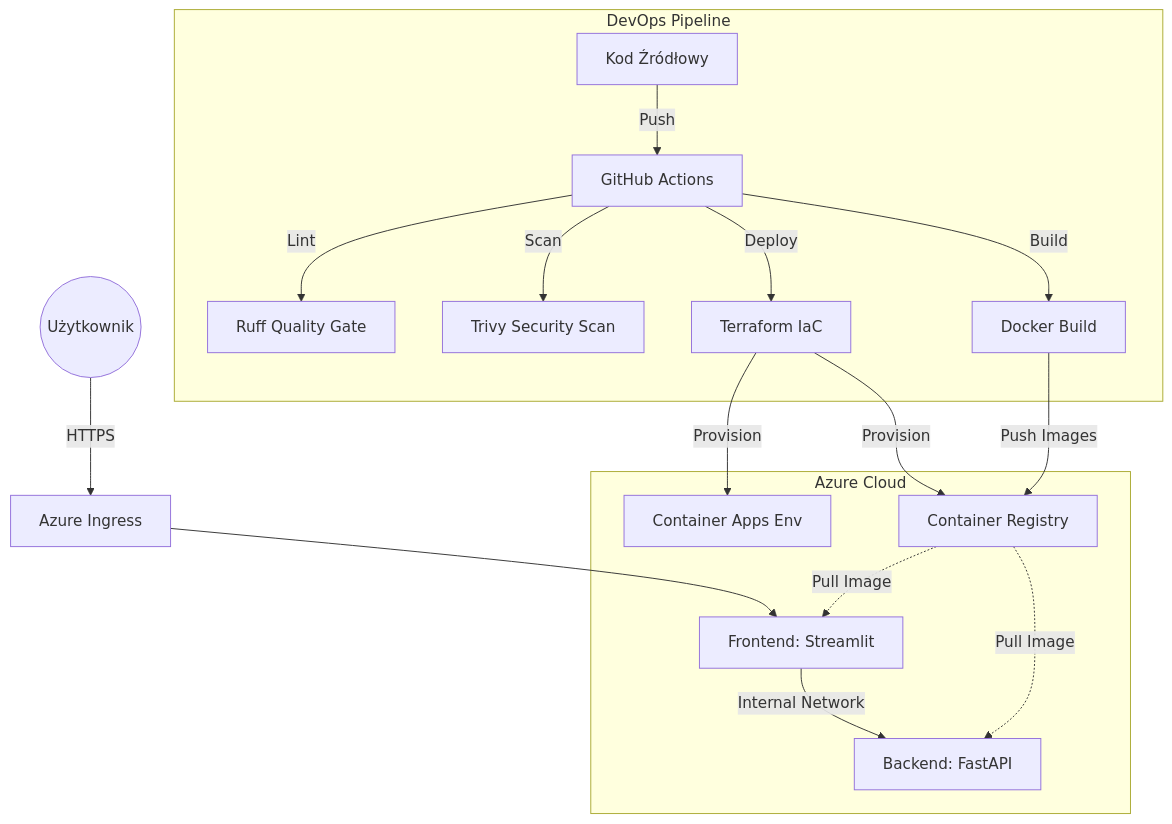
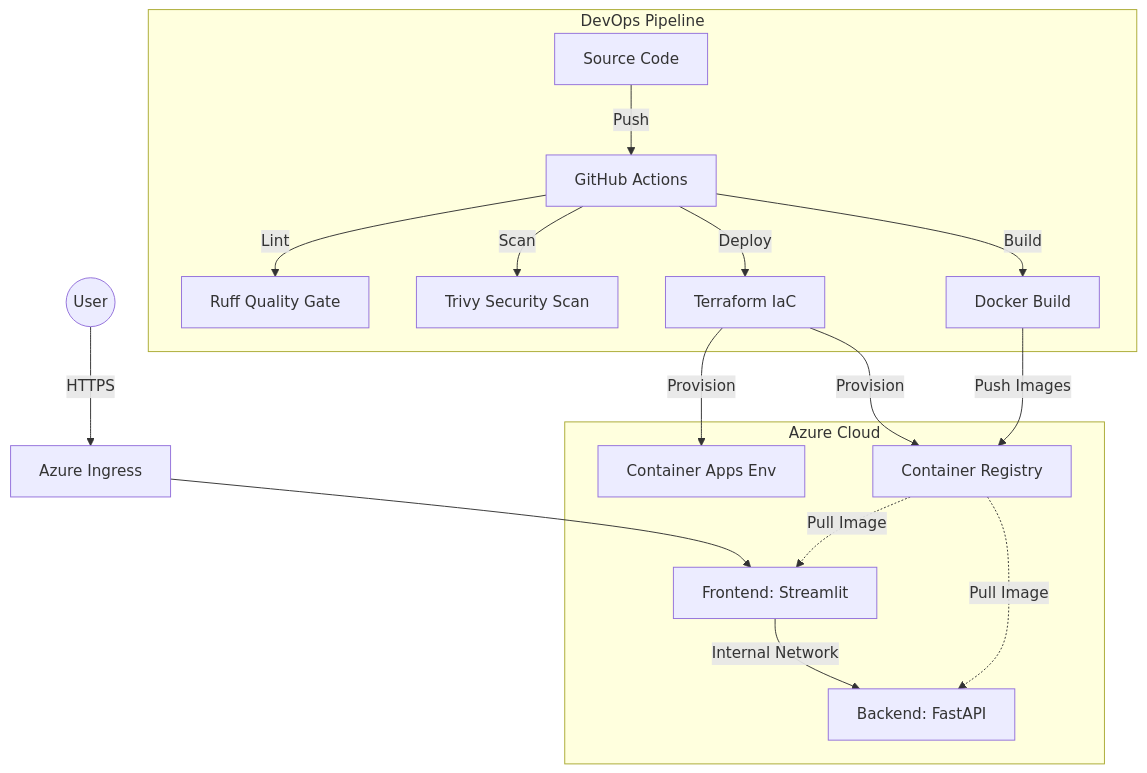
One commit to fearly231/chorogrami-platform changed the diagram in README.md. Above: the diagram before and after it, drawn with Mermaid. The commit also changed other lines of this file, not shown here.

````diff
--- a/README.md
+++ b/README.md
@@ -26,22 +26,22 @@
 ```mermaid
 graph TD
-    User((Użytkownik)) -->|HTTPS| Ingress[Azure Ingress]
+    User((User)) -->|HTTPS| Ingress[Azure Ingress]
     Ingress --> ACA_Front[Frontend: Streamlit]
     ACA_Front -->|Internal Network| ACA_Back[Backend: FastAPI]
     
     subgraph DevOps Pipeline
-        Code[Kod Źródłowy] -->|Push| GitHub[GitHub Actions]
+        Code[Source Code] -->|Push| GitHub[GitHub Actions]
         GitHub -->|Lint| Ruff[Ruff Quality Gate]
         GitHub -->|Scan| Trivy[Trivy Security Scan]
         GitHub -->|Build| Docker[Docker Build]
         GitHub -->|Deploy| Terraform[Terraform IaC]
     end
     
     subgraph Azure Cloud
         Terraform -->|Provision| ACA[Container Apps Env]
         Terraform -->|Provision| ACR[Container Registry]
         Docker -->|Push Images| ACR
         ACR -.->|Pull Image| ACA_Front
         ACR -.->|Pull Image| ACA_Back
     end
 ```
````
